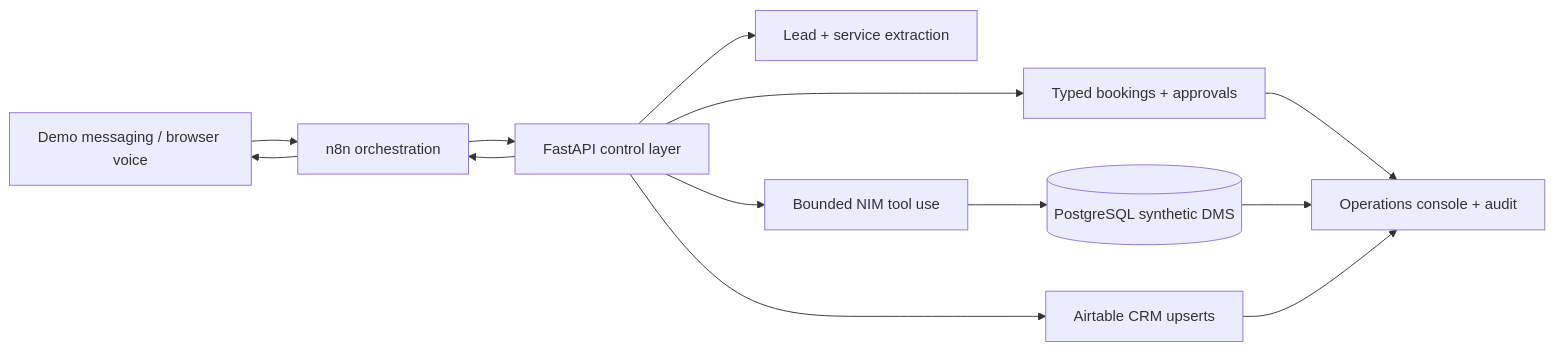
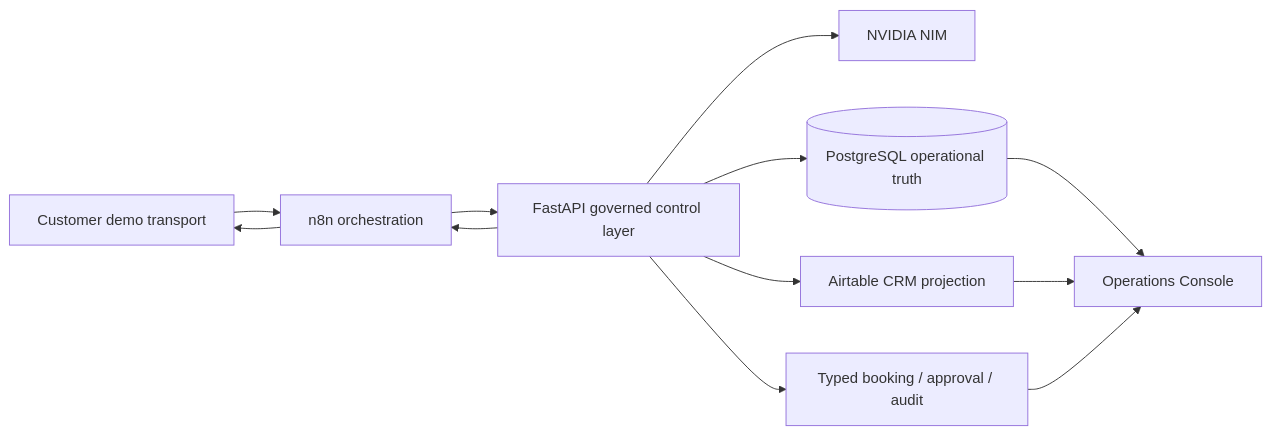
One commit to kabbersokhi-boop/customer-ops-ai changed the diagram in README.md. Above: the diagram before and after it, drawn with Mermaid. The commit also changed other lines of this file and 25 other files, not shown here.

Commit message:
feat: add governed customer demo experience

```diff
--- a/README.md
+++ b/README.md
@@ -13,15 +23,13 @@
 ~~~mermaid
 flowchart LR
-    C[Demo messaging / browser voice] --> N[n8n orchestration]
-    N --> A[FastAPI control layer]
-    A --> E[Lead + service extraction]
-    A --> T[Bounded NIM tool use]
-    T --> D[(PostgreSQL synthetic DMS)]
-    A --> R[Airtable CRM upserts]
-    A --> P[Typed bookings + approvals]
-    P --> U[Operations console + audit]
-    A --> N
-    N --> C
-    D --> U
-    R --> U
+    C[Customer demo transport] --> N[n8n orchestration]
+    N --> A[FastAPI governed control layer]
+    A --> L[NVIDIA NIM]
+    A --> D[(PostgreSQL operational truth)]
+    A --> R[Airtable CRM projection]
+    A --> P[Typed booking / approval / audit]
+    A --> N --> C
+    D --> O[Operations Console]
+    R --> O
+    P --> O
 ~~~
```
